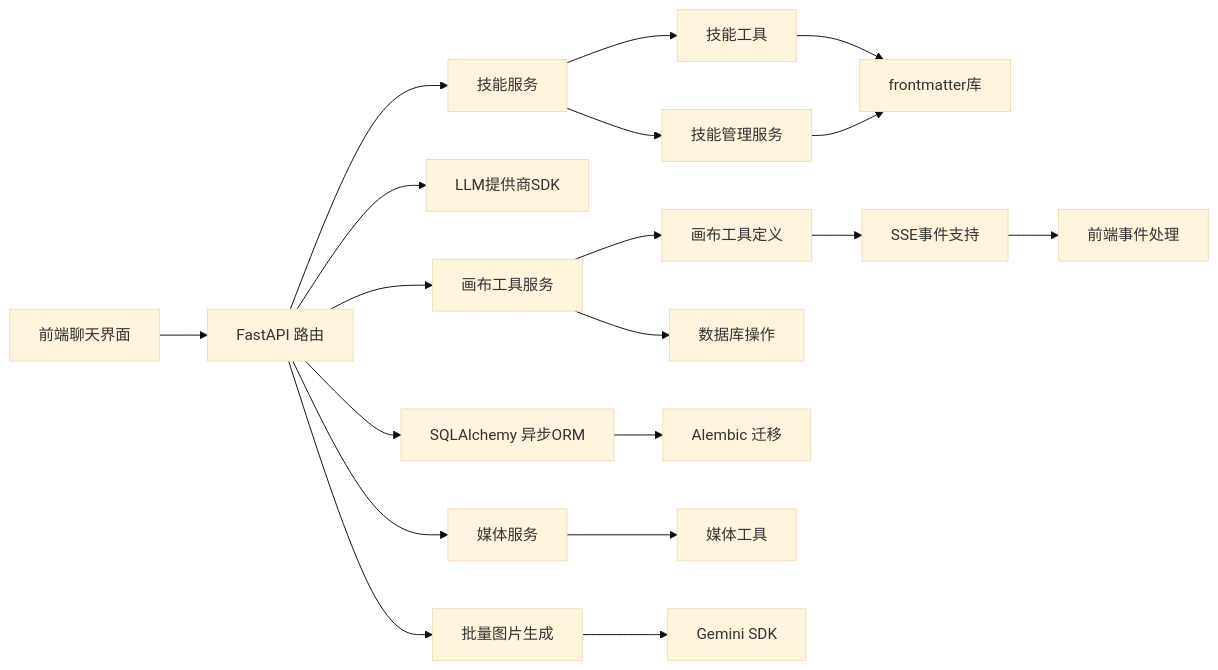
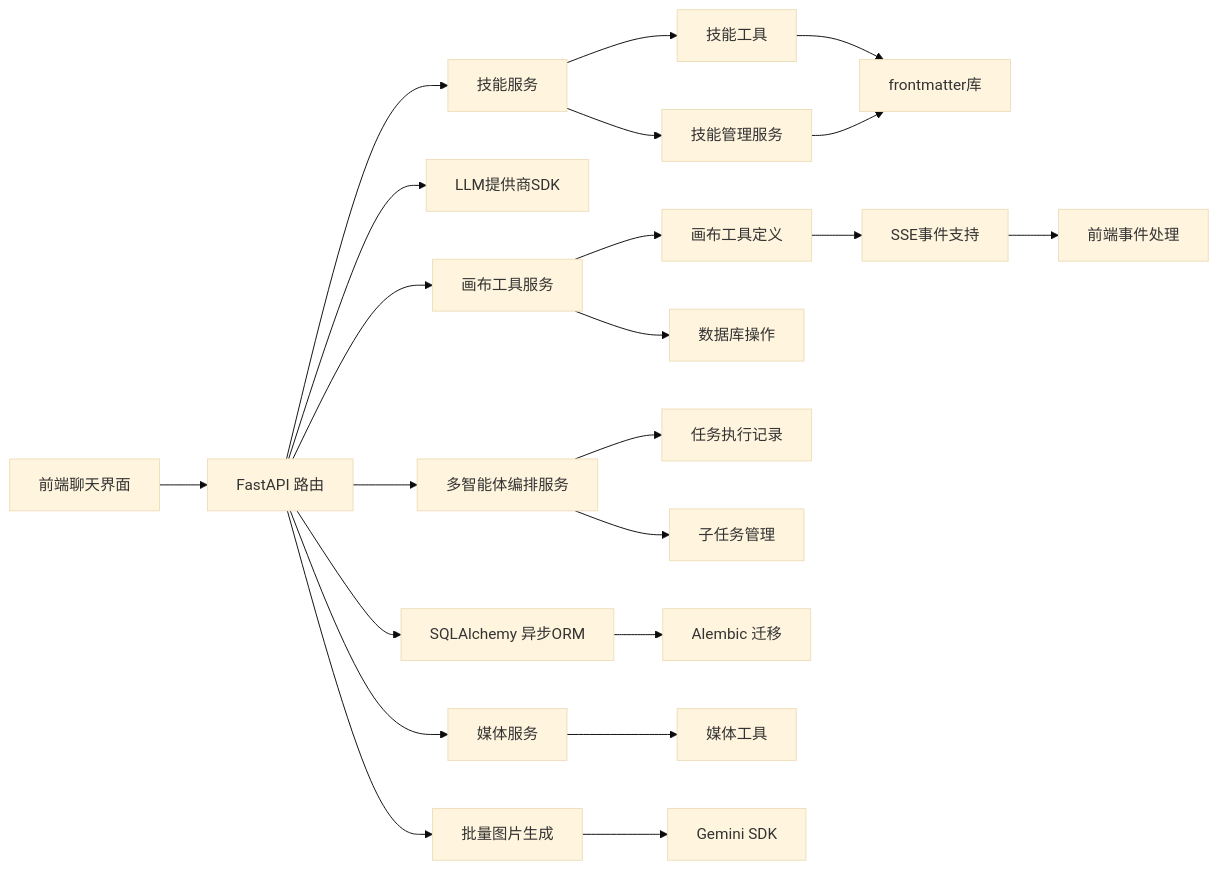
Before and after one commit to KunLabAI/KunFlix: diagram 16 of 16 in .qoder/repowiki/zh/content/后端开发指南/API路由系统/聊天交互API.md, drawn with Mermaid (base theme). The commit also changed other lines of this file and 29 other files, not shown here.

````diff
--- a/.qoder/repowiki/zh/content/后端开发指南/API路由系统/聊天交互API.md
+++ b/.qoder/repowiki/zh/content/后端开发指南/API路由系统/聊天交互API.md
@@ -697,21 +844,24 @@
 ```mermaid
 graph LR
 FE["前端聊天界面"] --> API["FastAPI 路由"]
 API --> DB["SQLAlchemy 异步ORM"]
 API --> LLM["LLM提供商SDK"]
 API --> Media["媒体服务"]
 API --> BatchGen["批量图片生成"]
 API --> Skills["技能服务"]
 API --> Canvas["画布工具服务"]
+API --> Orchestrator["多智能体编排服务"]
 Skills --> SkillTools["技能工具"]
 Skills --> SkillManager["技能管理服务"]
 Canvas --> CanvasTools["画布工具定义"]
 Canvas --> DBOps["数据库操作"]
+Orchestrator --> TaskExec["任务执行记录"]
+Orchestrator --> SubTasks["子任务管理"]
 DB --> MIG["Alembic 迁移"]
 Media --> Utils["媒体工具"]
 BatchGen --> Gemini["Gemini SDK"]
 SkillTools --> Frontmatter["frontmatter库"]
 SkillManager --> Frontmatter
 CanvasTools --> SSE["SSE事件支持"]
 SSE --> Frontend["前端事件处理"]
 ```
````
